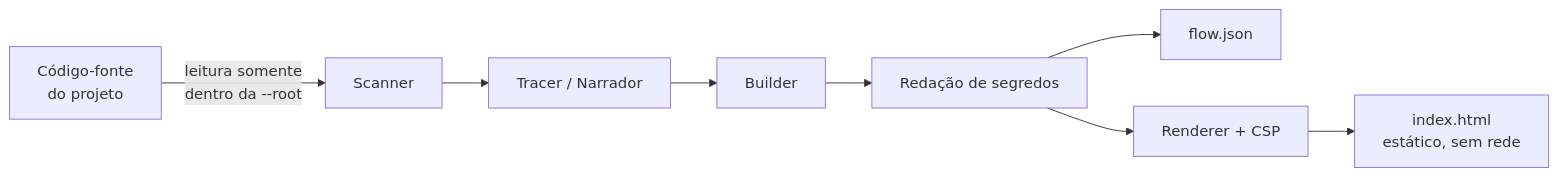
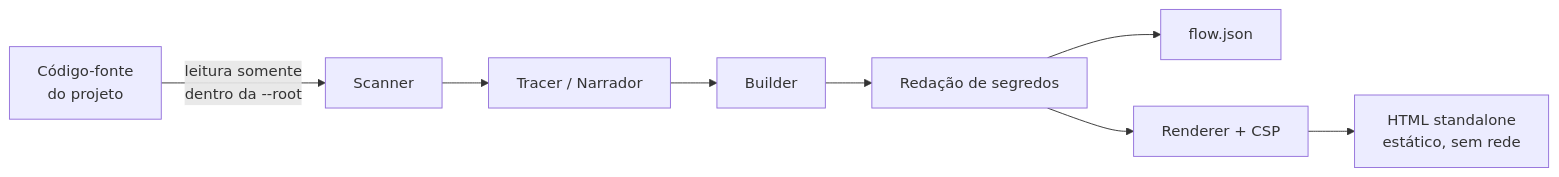
The diagram in docs/threat-model.md (jadsgithub/flow-view), drawn with Mermaid before and after one commit. The commit also changed other lines of this file and 18 other files, not shown here.

````diff
--- a/docs/threat-model.md
+++ b/docs/threat-model.md
@@ -7,10 +7,10 @@
 ```mermaid
 flowchart LR
   A[Código-fonte<br/>do projeto] -->|leitura somente<br/>dentro da --root| B[Scanner]
   B --> C[Tracer / Narrador]
   C --> D[Builder]
   D --> R[Redação de segredos]
   R --> E[flow.json]
   R --> F[Renderer + CSP]
-  F --> G[index.html<br/>estático, sem rede]
+  F --> G[HTML standalone<br/>estático, sem rede]
 ```
````
